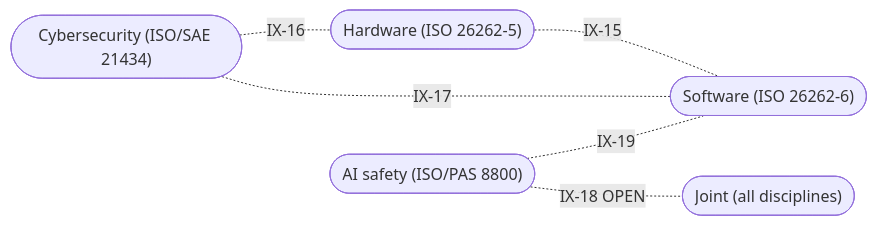
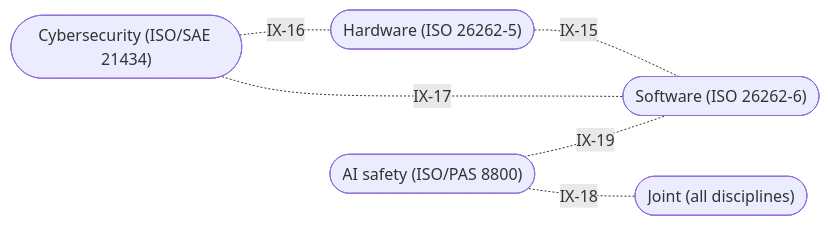
One commit to jherrodthomas/LionDriver changed the second of 2 diagrams in assurance/process/maps/g3-hw-sw-development.md. Above: the diagram before and after it, drawn with Mermaid. The commit also changed other lines of this file and 11 other files, not shown here.

````diff
--- a/assurance/process/maps/g3-hw-sw-development.md
+++ b/assurance/process/maps/g3-hw-sw-development.md
@@ -92,13 +92,13 @@
 ```mermaid
 flowchart LR
   joint(["Joint (all disciplines)"])
   hw(["Hardware (ISO 26262-5)"])
   sw(["Software (ISO 26262-6)"])
   ai(["AI safety (ISO/PAS 8800)"])
   cs(["Cybersecurity (ISO/SAE 21434)"])
   hw -. "IX-15" .- sw
   cs -. "IX-16" .- hw
   cs -. "IX-17" .- sw
-  ai -. "IX-18 OPEN" .- joint
+  ai -. "IX-18" .- joint
   ai -. "IX-19" .- sw
 ```
````
